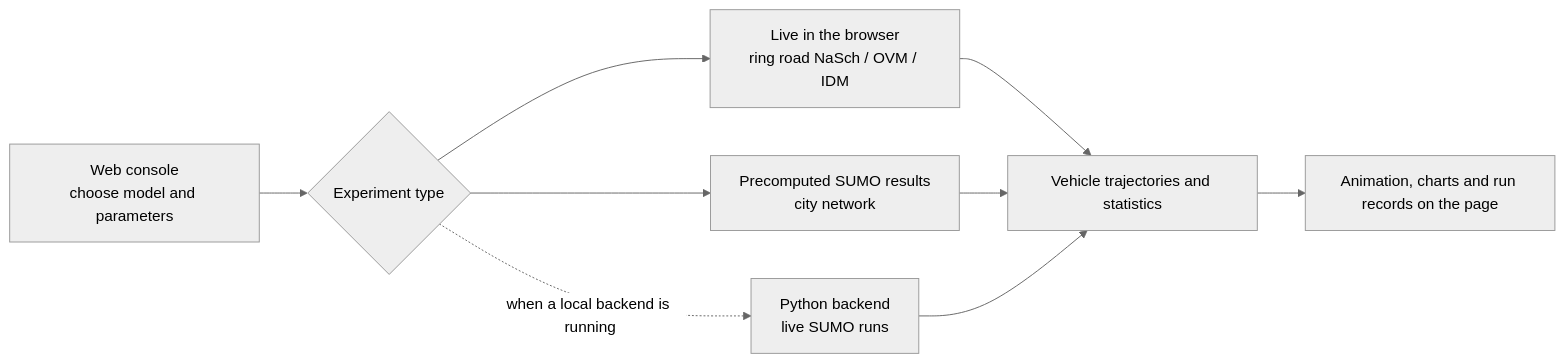
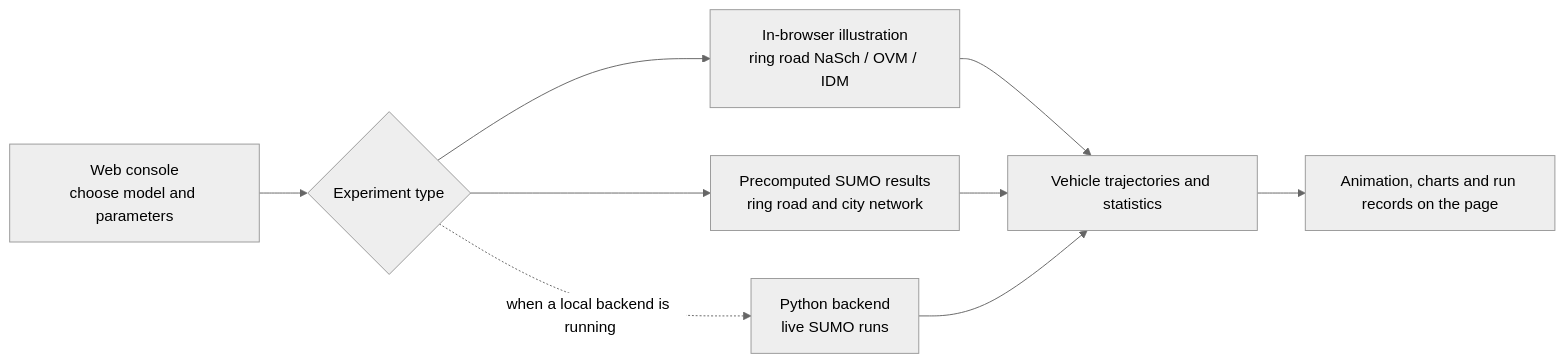
Before and after one commit to laozhongjie/agent-based-traffic-modeling: the second of 2 diagrams in Project_Overview_EN.md, drawn with Mermaid (neutral theme). The commit also changed other lines of this file and 1 other file, not shown here.

First line of the commit message:
Run all formal simulations in SUMO

````diff
--- a/Project_Overview_EN.md
+++ b/Project_Overview_EN.md
@@ -300,11 +325,11 @@
 ```mermaid
 flowchart LR
     A[Web console<br/>choose model and parameters] --> B{Experiment type}
-    B --> C[Live in the browser<br/>ring road NaSch / OVM / IDM]
-    B --> D[Precomputed SUMO results<br/>city network]
+    B --> C[In-browser illustration<br/>ring road NaSch / OVM / IDM]
+    B --> D[Precomputed SUMO results<br/>ring road and city network]
     B -. when a local backend is running .-> G[Python backend<br/>live SUMO runs]
     C --> E[Vehicle trajectories and statistics]
     D --> E
     G --> E
     E --> F[Animation, charts and run records on the page]
 ```
````
